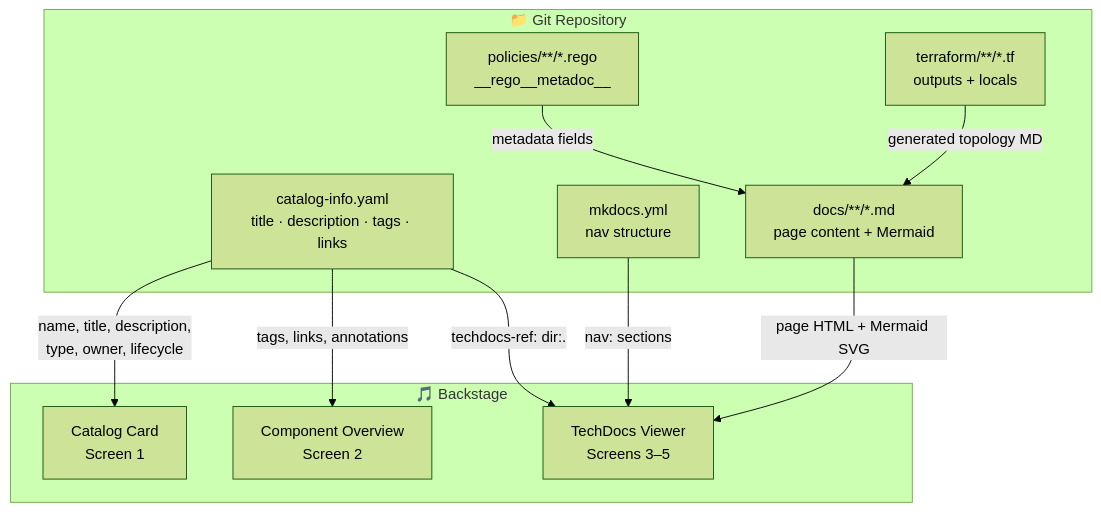
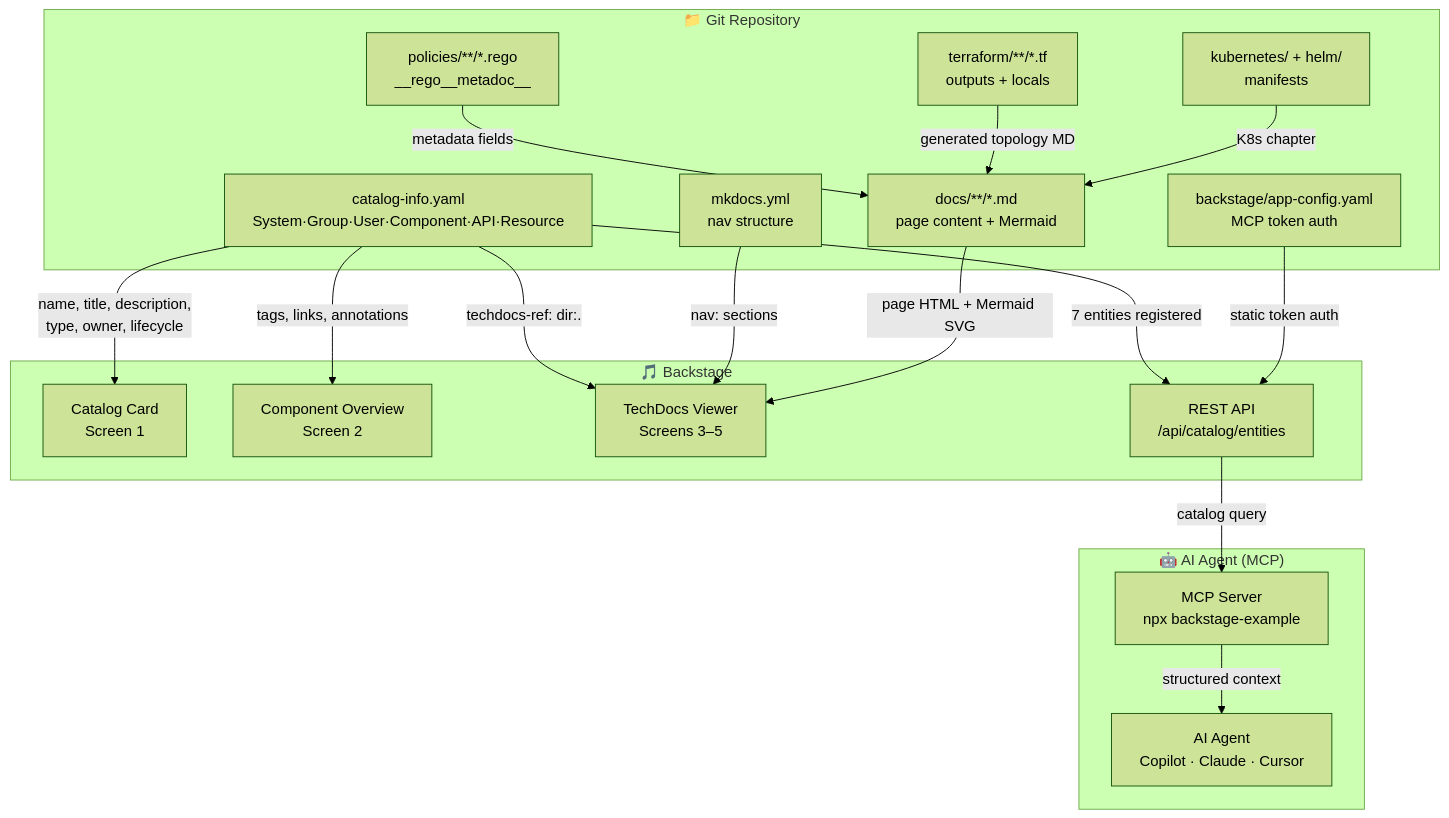
The third of 3 diagrams in example/docs/backstage/index.md (DevelApp-ai/deterministic-technical-design-specification), drawn with Mermaid (forest theme) before and after one commit. The commit also changed other lines of this file and 11 other files, not shown here.

First line of the commit message:
feat: add Backstage MCP server integration + enriched entity catalog for AI agent access

````diff
--- a/example/docs/backstage/index.md
+++ b/example/docs/backstage/index.md
@@ -350,24 +389,37 @@
 ```mermaid
 flowchart TD
     subgraph repo["📁 Git Repository"]
-        CI[catalog-info.yaml\ntitle · description · tags · links]
+        CI[catalog-info.yaml\nSystem·Group·User·Component·API·Resource]
         MK[mkdocs.yml\nnav structure]
         MD[docs/**/*.md\npage content + Mermaid]
         OPA[policies/**/*.rego\n__rego__metadoc__]
         TF[terraform/**/*.tf\noutputs + locals]
+        K8S[kubernetes/ + helm/\nmanifests]
+        APPCFG[backstage/app-config.yaml\nMCP token auth]
     end
 
     subgraph backstage["🎵 Backstage"]
         CAT[Catalog Card\nScreen 1]
         OVR[Component Overview\nScreen 2]
         TDOC[TechDocs Viewer\nScreens 3–5]
+        BAPI[REST API\n/api/catalog/entities]
+    end
+
+    subgraph mcp["🤖 AI Agent (MCP)"]
+        MCPS[MCP Server\nnpx backstage-example]
+        AGENT[AI Agent\nCopilot · Claude · Cursor]
     end
 
     CI -->|name, title, description,\ntype, owner, lifecycle| CAT
     CI -->|tags, links, annotations| OVR
     CI -->|techdocs-ref: dir:.| TDOC
+    CI -->|7 entities registered| BAPI
     MK -->|nav: sections| TDOC
     MD -->|page HTML + Mermaid SVG| TDOC
     OPA -->|metadata fields| MD
     TF -->|generated topology MD| MD
+    K8S -->|K8s chapter| MD
+    APPCFG -->|static token auth| BAPI
+    BAPI -->|catalog query| MCPS
+    MCPS -->|structured context| AGENT
 ```
````
